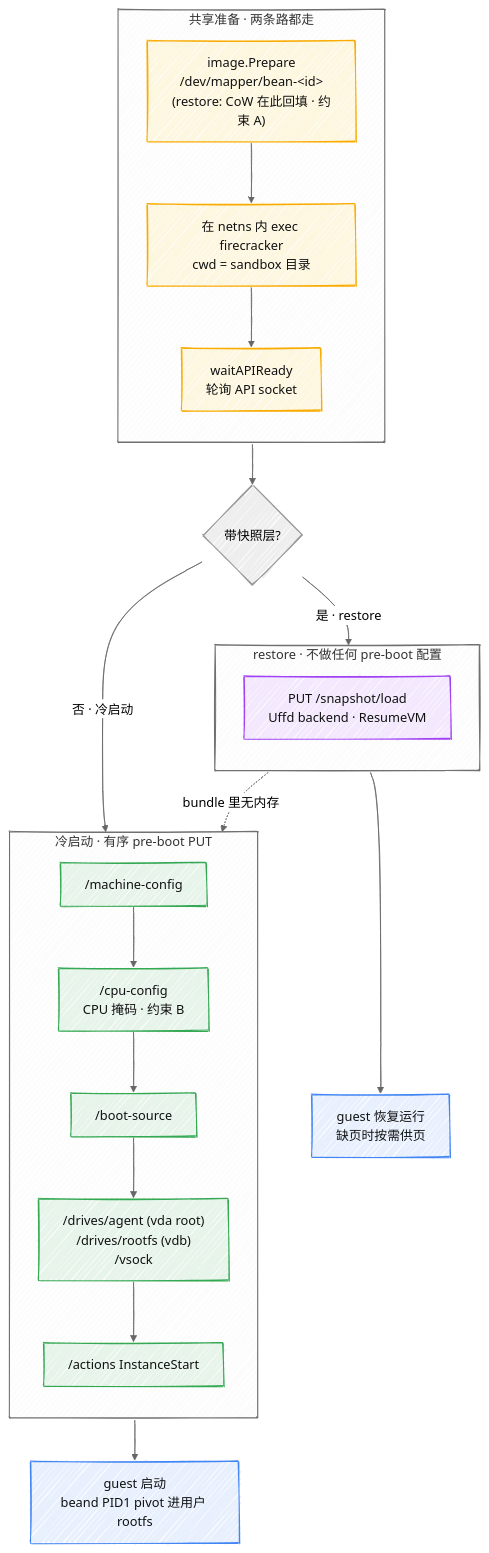
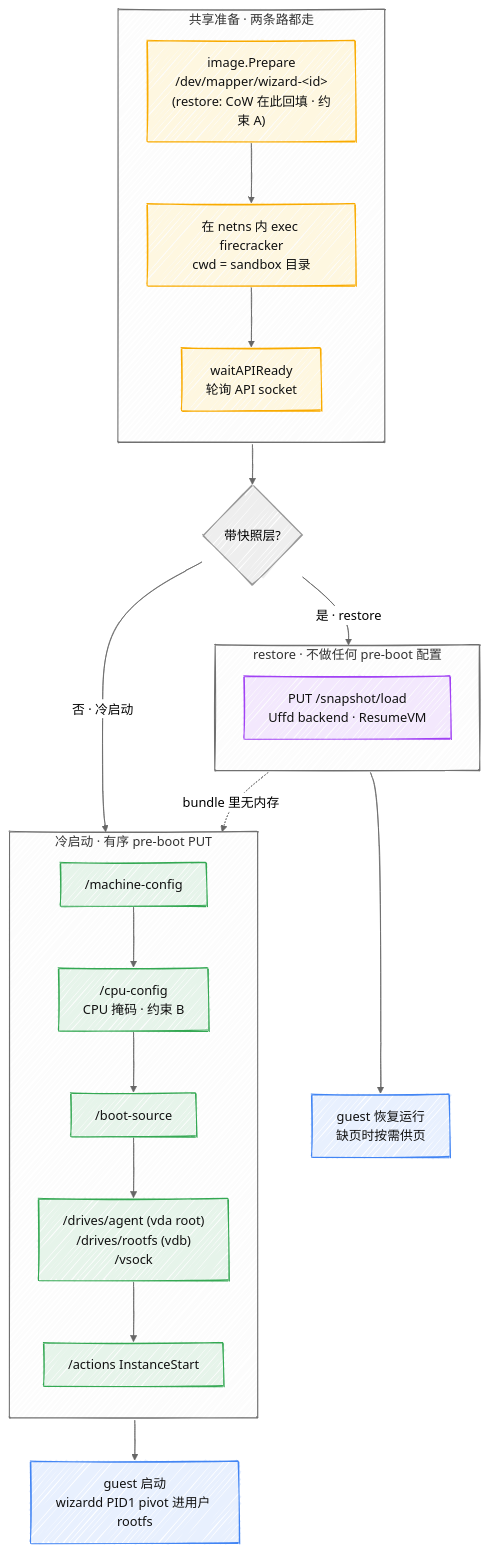
Before and after one commit to garysng/bean: the diagram in docs/zh/vm-assembly.md, drawn with Mermaid. The commit also changed other lines of this file and 326 other files, not shown here.

First line of the commit message:
rename project bean -> wizard

````diff
--- a/docs/zh/vm-assembly.md
+++ b/docs/zh/vm-assembly.md
@@ -14,53 +14,53 @@
 ```mermaid
 ---
 config:
   look: handDrawn
   theme: neutral
   flowchart:
     curve: basis
 ---
 flowchart TB
   subgraph SHARED["共享准备 &middot; 两条路都走"]
     direction TB
-    PREP["image.Prepare<br>/dev/mapper/bean-&lt;id&gt;<br>(restore: CoW 在此回填 &middot; 约束 A)"]
+    PREP["image.Prepare<br>/dev/mapper/wizard-&lt;id&gt;<br>(restore: CoW 在此回填 &middot; 约束 A)"]
     EXEC["在 netns 内 exec firecracker<br>cwd = sandbox 目录"]
     WAIT["waitAPIReady<br>轮询 API socket"]
     PREP --> EXEC --> WAIT
   end
 
   BRANCH{"带快照层?"}
 
   subgraph COLD["冷启动 &middot; 有序 pre-boot PUT"]
     direction TB
     MC["/machine-config"]
     CPU["/cpu-config<br>CPU 掩码 &middot; 约束 B"]
     BOOT["/boot-source"]
     DRV["/drives/agent (vda root)<br>/drives/rootfs (vdb)<br>/vsock"]
     START["/actions InstanceStart"]
     MC --> CPU --> BOOT --> DRV --> START
   end
 
   subgraph WARM["restore &middot; 不做任何 pre-boot 配置"]
     direction TB
     LOAD["PUT /snapshot/load<br>Uffd backend &middot; ResumeVM"]
   end
 
-  GB["guest 启动<br>beand PID1 pivot 进用户 rootfs"]
+  GB["guest 启动<br>wizardd PID1 pivot 进用户 rootfs"]
   GR["guest 恢复运行<br>缺页时按需供页"]
 
   WAIT --> BRANCH
   BRANCH -- "否 &middot; 冷启动" --> MC
   BRANCH -- "是 &middot; restore" --> LOAD
   LOAD -. "bundle 里无内存" .-> MC
   START --> GB
   LOAD --> GR
 
   classDef prep fill:#FEF7E0,stroke:#F9AB00,color:#111;
   classDef cold fill:#E6F4EA,stroke:#34A853,color:#111;
   classDef warm fill:#F3E8FD,stroke:#A142F4,color:#111;
   classDef out fill:#E8F0FE,stroke:#4285F4,color:#111;
   class PREP,EXEC,WAIT prep;
   class MC,CPU,BOOT,DRV,START cold;
   class LOAD warm;
   class GB,GR out;
 ```
````
